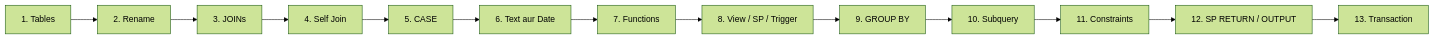
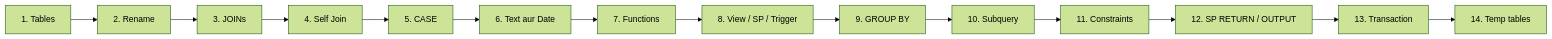
The diagram in README.md (meakashmalik/sqlnotes), drawn with Mermaid (forest theme) before and after one commit. The commit also changed 3 other files, not shown here.

````diff
--- a/README.md
+++ b/README.md
@@ -24,15 +24,16 @@
 ```mermaid
 flowchart LR
     A[1. Tables] --> B[2. Rename]
     B --> C[3. JOINs]
     C --> D[4. Self Join]
     D --> E[5. CASE]
     E --> F[6. Text aur Date]
     F --> G[7. Functions]
     G --> H[8. View / SP / Trigger]
     H --> I[9. GROUP BY]
     I --> J[10. Subquery]
     J --> K[11. Constraints]
     K --> L[12. SP RETURN / OUTPUT]
     L --> M[13. Transaction]
+    M --> N[14. Temp tables]
 ```
````
